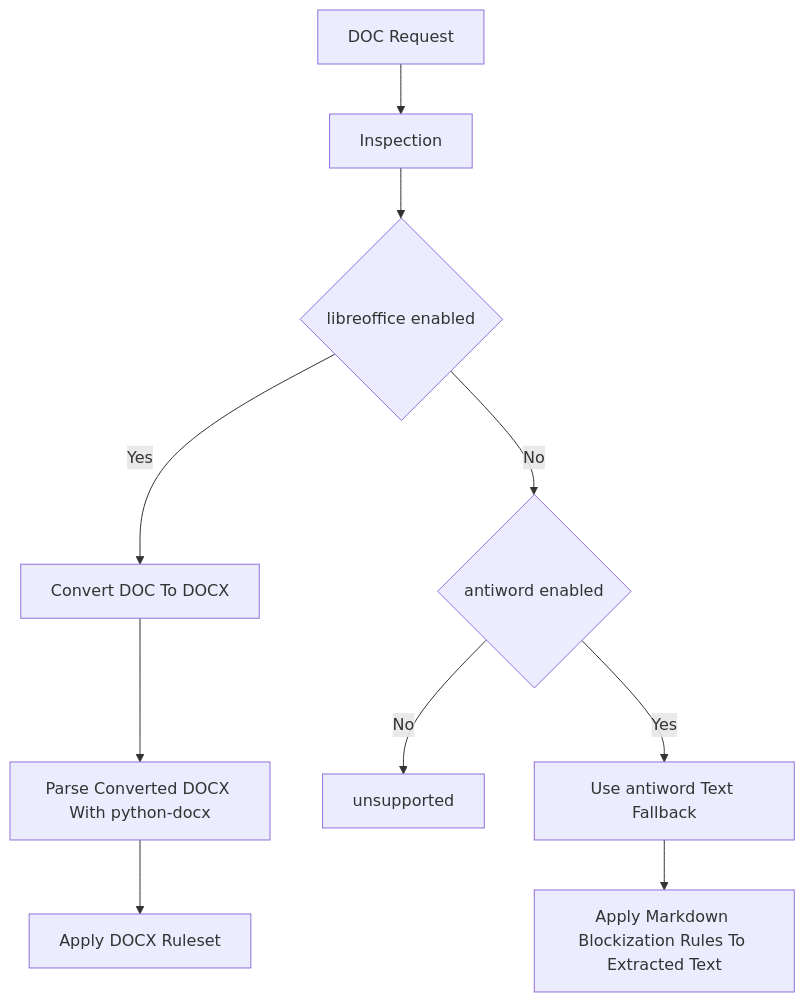
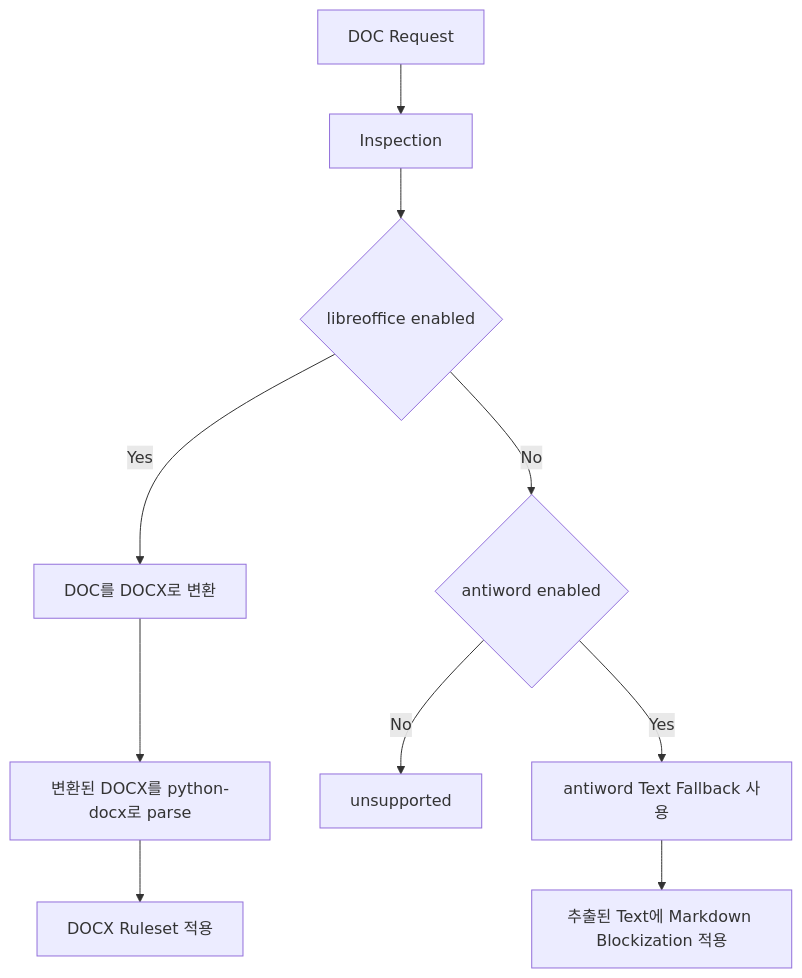
Before and after one commit to CapBarnacle/MarkBridge: the sixth of 7 diagrams in docs/30-confluence-parsing-guide.md, drawn with Mermaid. The commit also changed other lines of this file and 1 other file, not shown here.

````diff
--- a/docs/30-confluence-parsing-guide.md
+++ b/docs/30-confluence-parsing-guide.md
@@ -273,12 +273,12 @@
 ```mermaid
 flowchart TD
     A[DOC Request] --> B[Inspection]
     B --> C{libreoffice enabled}
-    C -->|Yes| D[Convert DOC To DOCX]
+    C -->|Yes| D[DOC를 DOCX로 변환]
     C -->|No| E{antiword enabled}
-    E -->|Yes| F[Use antiword Text Fallback]
+    E -->|Yes| F[antiword Text Fallback 사용]
     E -->|No| G[unsupported]
-    D --> H[Parse Converted DOCX With python-docx]
-    H --> I[Apply DOCX Ruleset]
-    F --> J[Apply Markdown Blockization Rules To Extracted Text]
+    D --> H[변환된 DOCX를 python-docx로 parse]
+    H --> I[DOCX Ruleset 적용]
+    F --> J[추출된 Text에 Markdown Blockization 적용]
 ```
````
